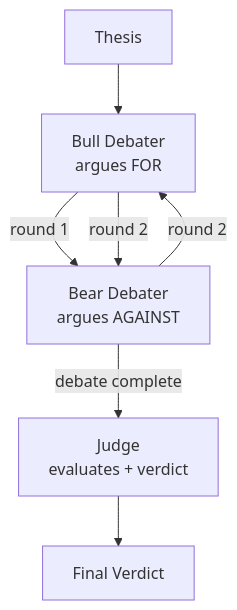
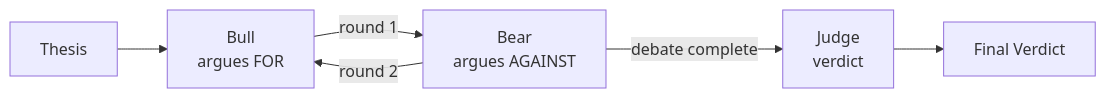
Before and after one commit to uid4oe/agent-orchestration-patterns: the diagram in patterns/debate/README.md, drawn with Mermaid. The commit also changed 7 other files, not shown here.

First line of the commit message:
refactor(frontend): remove Event Flow section, unify mermaid graphs, fix bull avatar

````diff
--- a/patterns/debate/README.md
+++ b/patterns/debate/README.md
@@ -13,9 +13,8 @@
 ```mermaid
-graph TB
-    Input[Thesis] --> Bull[Bull Debater<br/>argues FOR]
-    Bull -->|round 1| Bear[Bear Debater<br/>argues AGAINST]
+graph LR
+    Input[Thesis] --> Bull[Bull<br/>argues FOR]
+    Bull -->|round 1| Bear[Bear<br/>argues AGAINST]
     Bear -->|round 2| Bull
-    Bull -->|round 2| Bear
-    Bear -->|debate complete| Judge[Judge<br/>evaluates + verdict]
+    Bear -->|debate complete| Judge[Judge<br/>verdict]
     Judge --> Output[Final Verdict]
 ```
````
